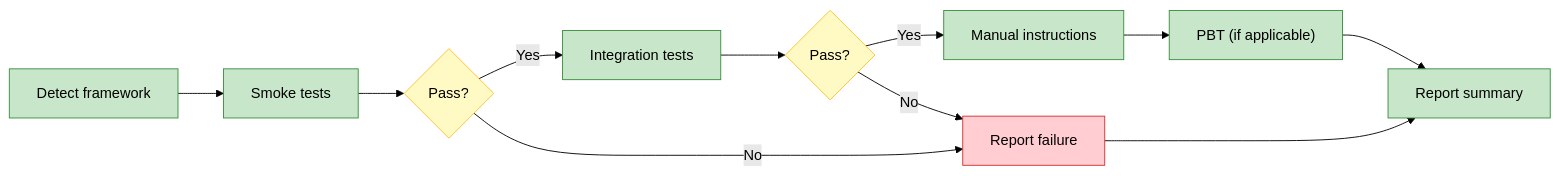
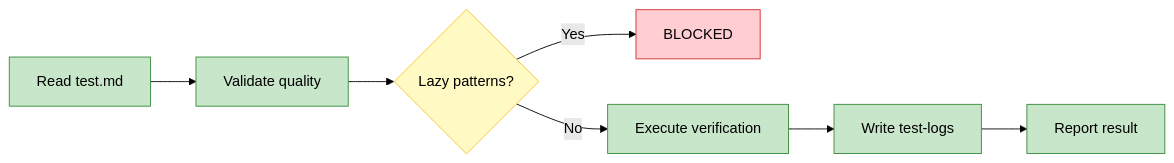
The first of 2 diagrams in dstoic/skills/openspec-test/SKILL.md (digital-stoic-org/agent-skills), drawn with Mermaid (forest theme) before and after one commit. The commit also changed other lines of this file and 12 other files, not shown here.

First line of the commit message:
feat(skills): Add transparent checkpoint with test.md and test-logs/

````diff
--- a/dstoic/skills/openspec-test/SKILL.md
+++ b/dstoic/skills/openspec-test/SKILL.md
@@ -14,20 +14,16 @@
 ```mermaid
 flowchart LR
-    A["Detect framework"] --> B["Smoke tests"]
-    B --> C{"Pass?"}
-    C -->|Yes| D["Integration tests"]
-    C -->|No| X["Report failure"]
-    D --> E{"Pass?"}
-    E -->|Yes| F["Manual instructions"]
-    E -->|No| X
-    F --> G["PBT (if applicable)"]
-    G --> H["Report summary"]
-    X --> H
+    A["Read test.md"] --> B["Validate quality"]
+    B --> C{"Lazy patterns?"}
+    C -->|Yes| X["BLOCKED"]
+    C -->|No| D["Execute verification"]
+    D --> E["Write test-logs"]
+    E --> F["Report result"]
 
     classDef action fill:#C8E6C9,stroke:#388E3C,color:#000
     classDef decision fill:#FFF9C4,stroke:#FBC02D,color:#000
     classDef fail fill:#FFCDD2,stroke:#D32F2F,color:#000
-    class A,B,D,F,G,H action
-    class C,E decision
+    class A,B,D,E,F action
+    class C decision
     class X fail
 ```
````
